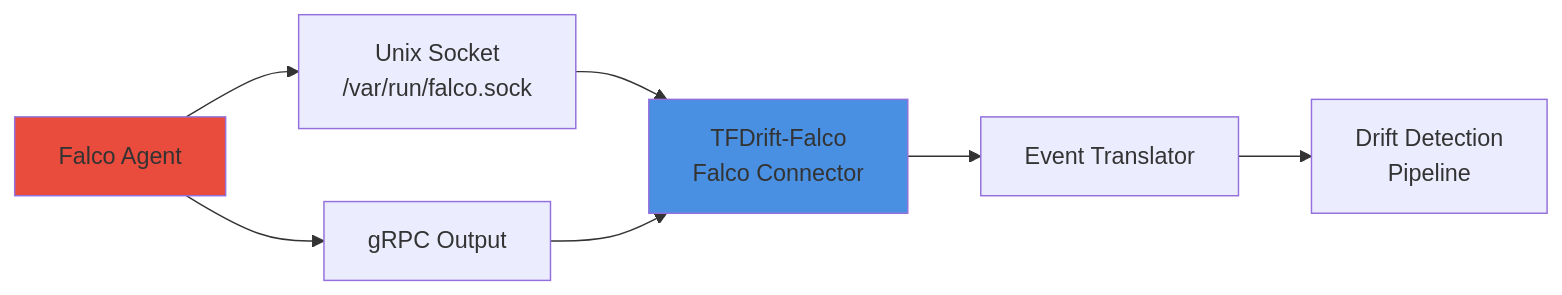
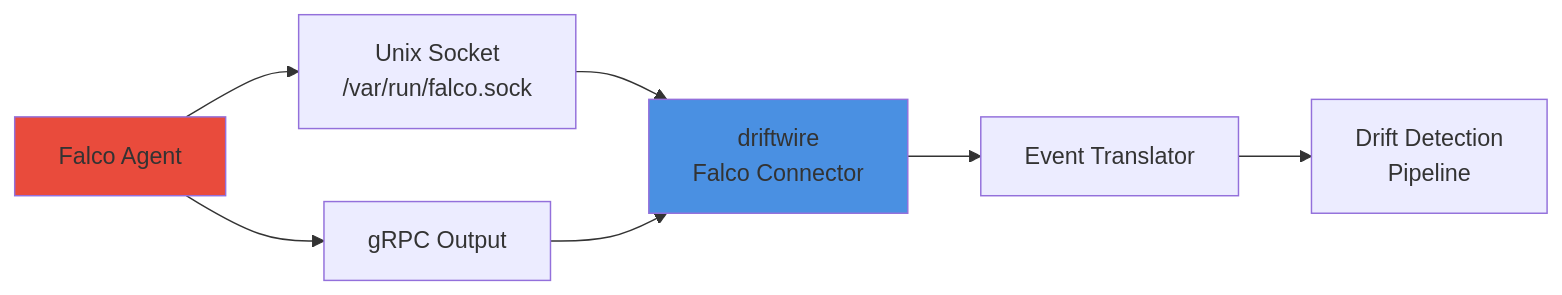
Before and after one commit to higakikeita/tfdrift-falco: the ninth of 13 diagrams in docs/architecture.md, drawn with Mermaid. The commit also changed other lines of this file and 448 other files, not shown here.

````diff
--- a/docs/architecture.md
+++ b/docs/architecture.md
@@ -788,14 +788,14 @@
 ```mermaid
 graph LR
     A[Falco Agent] --> B[Unix Socket<br/>/var/run/falco.sock]
     A --> C[gRPC Output]
 
-    B --> D[TFDrift-Falco<br/>Falco Connector]
+    B --> D[driftwire<br/>Falco Connector]
     C --> D
 
     D --> E[Event Translator]
     E --> F[Drift Detection<br/>Pipeline]
 
     style A fill:#E94B3C
     style D fill:#4A90E2
 ```
````
